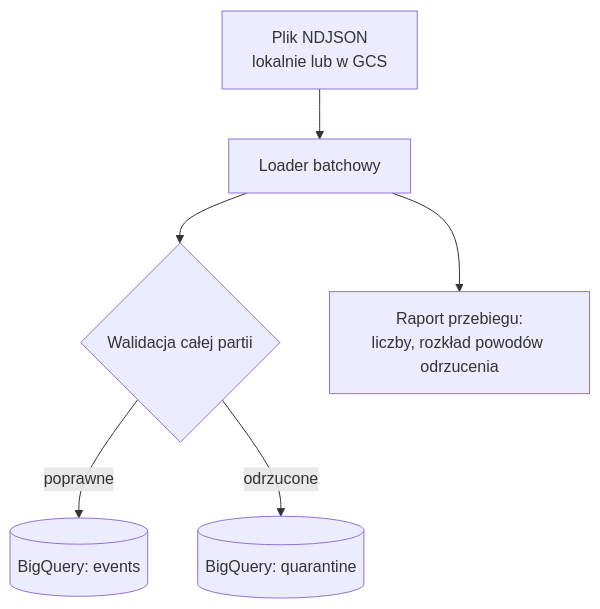
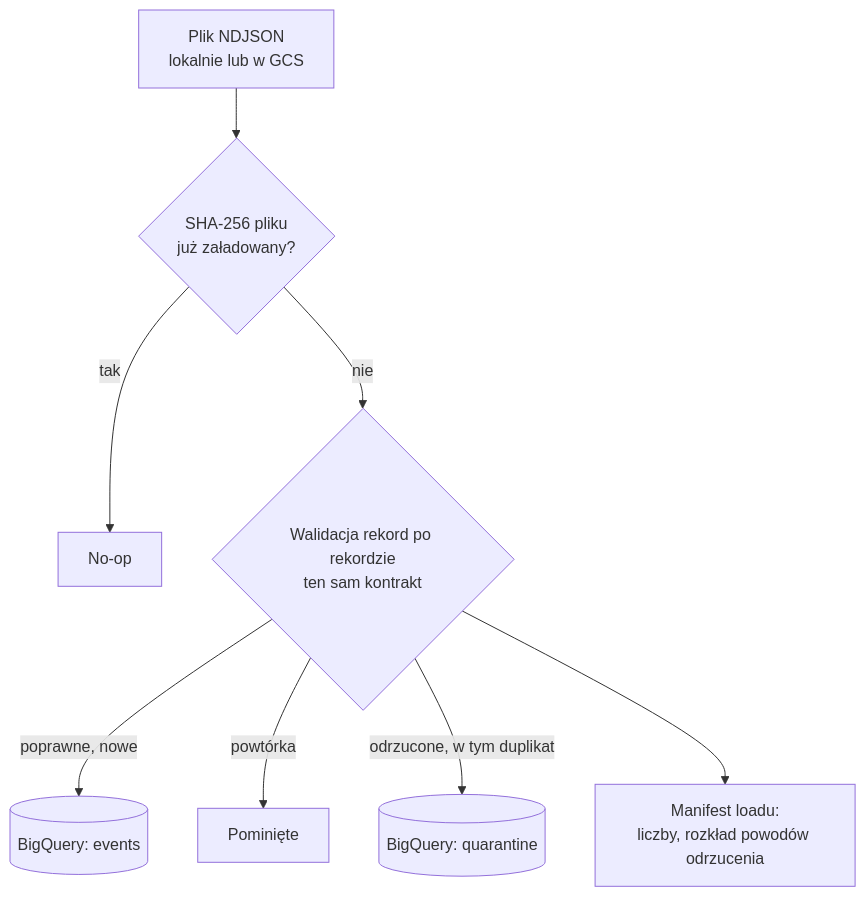
One commit to pmackowka/shift-left-data-quality-pydantic changed the second of 3 diagrams in README.md. Above: the diagram before and after it, drawn with Mermaid. The commit also changed other lines of this file and 1 other file, not shown here.

````diff
--- a/README.md
+++ b/README.md
@@ -224,8 +299,10 @@
 ```mermaid
 flowchart TD
-    FILE[Plik NDJSON<br/>lokalnie lub w GCS] --> LOAD[Loader batchowy]
-    LOAD --> VAL{Walidacja całej partii}
-    VAL -->|poprawne| EVB[(BigQuery: events)]
-    VAL -->|odrzucone| QB[(BigQuery: quarantine)]
-    LOAD --> REP[Raport przebiegu:<br/>liczby, rozkład powodów odrzucenia]
+    FILE[Plik NDJSON<br/>lokalnie lub w GCS] --> SHA{SHA-256 pliku<br/>już załadowany?}
+    SHA -->|tak| SKIP[No-op]
+    SHA -->|nie| VAL{Walidacja rekord po rekordzie<br/>ten sam kontrakt}
+    VAL -->|poprawne, nowe| EVB[(BigQuery: events)]
+    VAL -->|powtórka| DROP[Pominięte]
+    VAL -->|odrzucone, w tym duplikat| QB[(BigQuery: quarantine)]
+    VAL --> REP[Manifest loadu:<br/>liczby, rozkład powodów odrzucenia]
 ```
````
